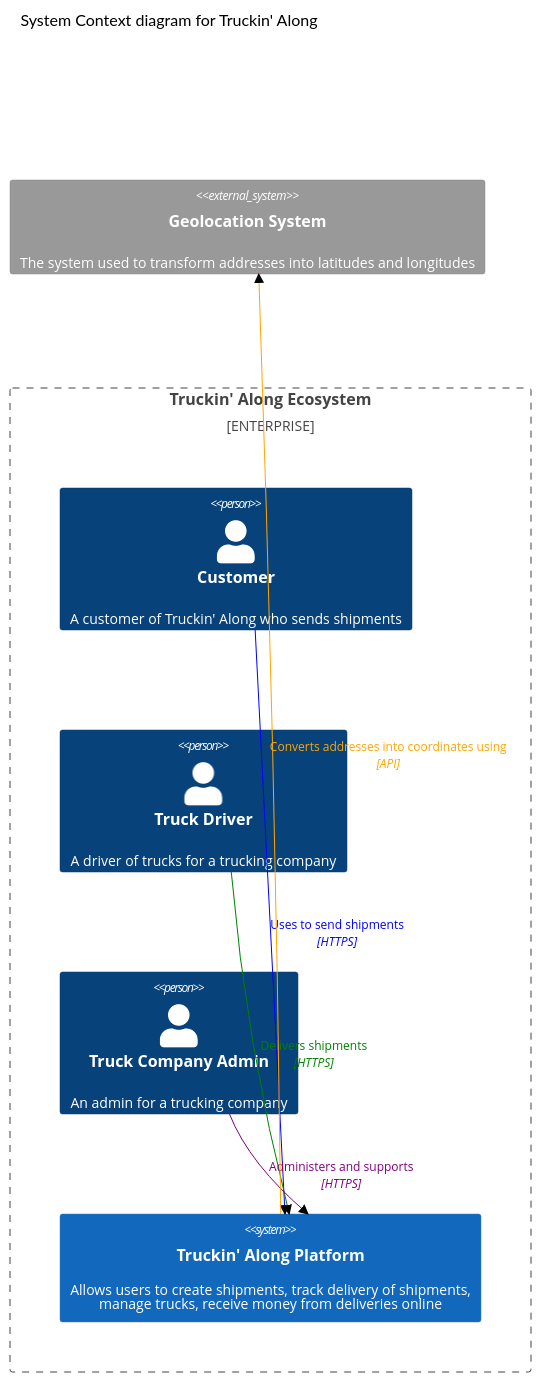
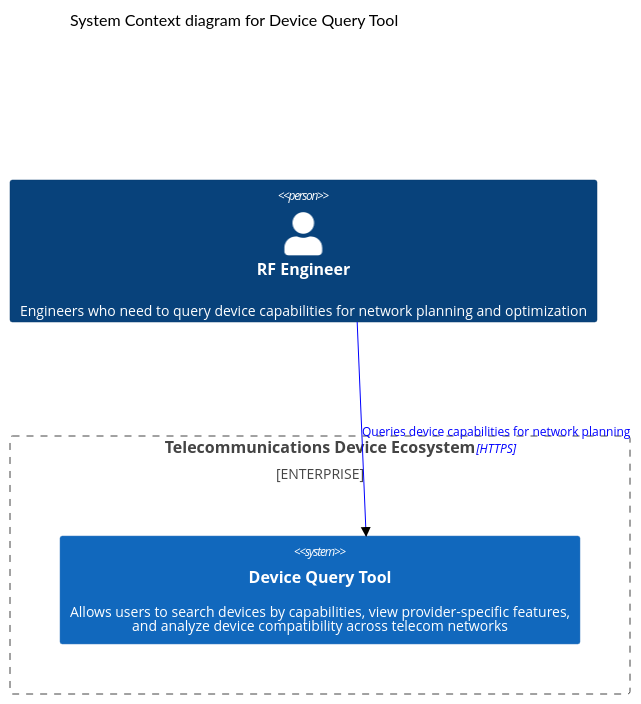
One commit to devxiongmao/device-query-tool changed the diagram in docs/c4-architecture-diagrams/c1_context.mermaid. Above: the diagram before and after it, drawn with Mermaid (neutral theme). The commit also changed 5 other files, not shown here.

```diff
--- a/docs/c4-architecture-diagrams/c1_context.mermaid
+++ b/docs/c4-architecture-diagrams/c1_context.mermaid
@@ -1,30 +1,16 @@
 C4Context
-    title System Context diagram for Truckin' Along
+    title System Context diagram for Device Query Tool
 
     UpdateLayoutConfig($c4ShapeInRow="3", $c4BoundaryInRow="1")
+    Person(engineer, "RF Engineer", "Engineers who need to query device capabilities for network planning and optimization")
 
-    Enterprise_Boundary(b0, "Truckin' Along Ecosystem") {
-        Person(customer, "Customer", "A customer of Truckin' Along who sends shipments")
-        Person(driver, "Truck Driver", "A driver of trucks for a trucking company")
-        Person(admin, "Truck Company Admin", "An admin for a trucking company")
-        
-        System(truckinAlongSystem, "Truckin' Along Platform", "Allows users to create shipments, track delivery of shipments, <br/>manage trucks, receive money from deliveries online")
+    Enterprise_Boundary(b0, "Telecommunications Device Ecosystem") {
+        System(deviceQuerySystem, "Device Query Tool", "Allows users to search devices by capabilities, view provider-specific features, <br/>and analyze device compatibility across telecom networks")
     }
 
-    System_Ext(geolocatorService, "Geolocation System", "The system used to transform addresses into latitudes and longitudes")
+    Rel(engineer, deviceQuerySystem, "Queries device capabilities for network planning", "HTTPS")
 
-    Rel(customer, truckinAlongSystem, "Uses to send shipments", "HTTPS")
-    Rel(driver, truckinAlongSystem, "Delivers shipments", "HTTPS")
-    Rel(admin, truckinAlongSystem, "Administers and supports", "HTTPS")
-    Rel(truckinAlongSystem, geolocatorService, "Converts addresses into coordinates using", "API")
-
-    UpdateElementStyle(truckinAlongSystem, $bgColor="#1168bd", $fontColor="#ffffff")
-    UpdateElementStyle(geolocatorService, $bgColor="#999999")
-    UpdateElementStyle(customer, $bgColor="#08427b")
-    UpdateElementStyle(driver, $bgColor="#08427b")
-    UpdateElementStyle(admin, $bgColor="#08427b")
+    UpdateElementStyle(deviceQuerySystem, $bgColor="#1168bd", $fontColor="#ffffff")
+    UpdateElementStyle(engineer, $bgColor="#08427b")
     
-    UpdateRelStyle(customer, truckinAlongSystem, $lineColor="blue", $textColor="blue")
-    UpdateRelStyle(driver, truckinAlongSystem, $lineColor="green", $textColor="green")
-    UpdateRelStyle(admin, truckinAlongSystem, $lineColor="purple", $textColor="purple")
-    UpdateRelStyle(truckinAlongSystem, geolocatorService, $lineColor="orange", $textColor="orange")
+    UpdateRelStyle(engineer, deviceQuerySystem, $lineColor="blue", $textColor="blue")
```
